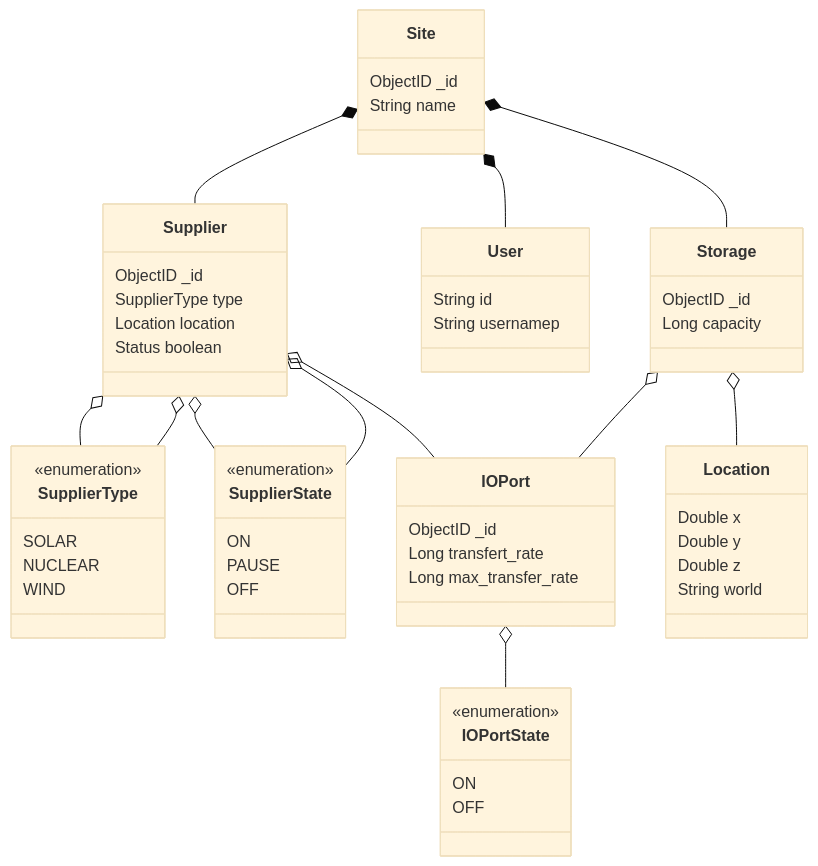
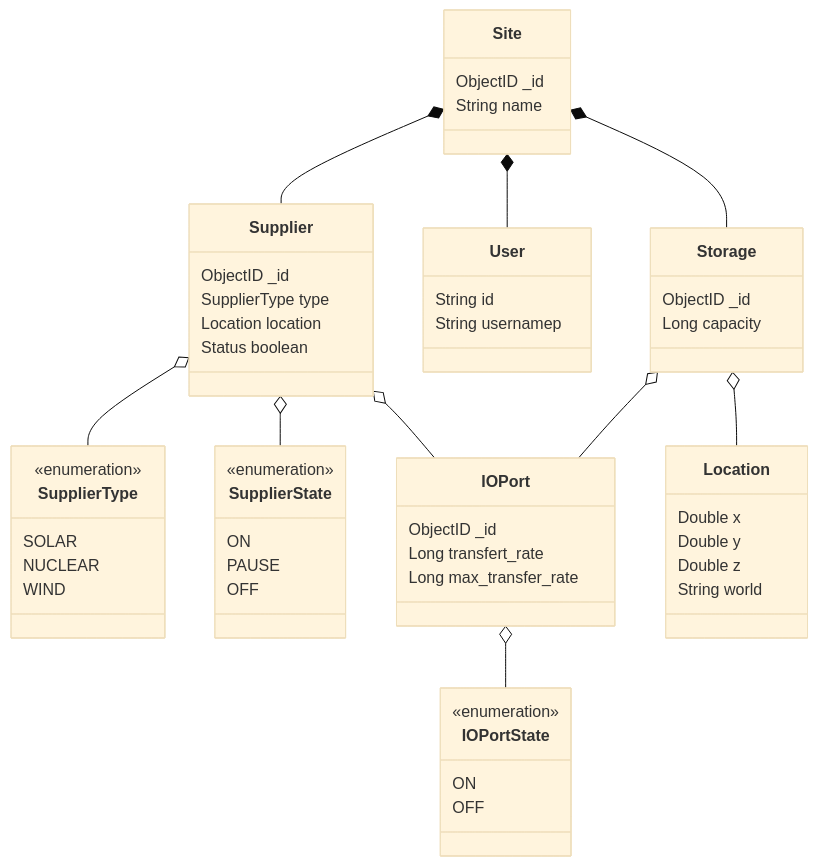
Before and after one commit to Olphaaa/cc-tweaked: the diagram in README.md, drawn with Mermaid (base theme). The commit also changed other lines of this file, not shown here.

````diff
--- a/README.md
+++ b/README.md
@@ -52,61 +66,59 @@
 ```mermaid
  classDiagram
     Supplier o-- SupplierType
     Supplier o-- SupplierState
     Site *-- User
     Site *-- Storage
     Site *-- Supplier
     Supplier o-- IOPort
-    Supplier o-- SupplierState
-    Supplier o-- SupplierType
     Storage o-- IOPort
     Storage o-- Location
     IOPort o-- IOPortState
       
     class Supplier {
           ObjectID _id
           SupplierType type
           Location location
           Status boolean
       }
     class User {
             String id
             String usernamep
       }
     class Location {
         Double x
         Double y
         Double z
         String world
     }
     class Site {
         ObjectID _id
         String name
     }
     class SupplierType {
         <<enumeration>>
         SOLAR
         NUCLEAR
         WIND
     }
     class SupplierState {
         <<enumeration>>
         ON
         PAUSE
         OFF
     }
     class IOPortState {
         <<enumeration>>
         ON
         OFF
     }
     class IOPort {
         ObjectID _id
         Long transfert_rate
         Long max_transfer_rate
     }
     class Storage {
         ObjectID _id
         Long capacity
     }
 ```
````
